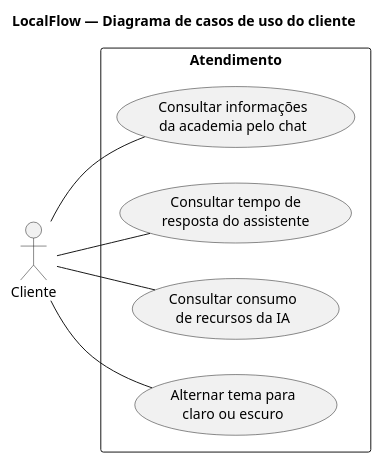
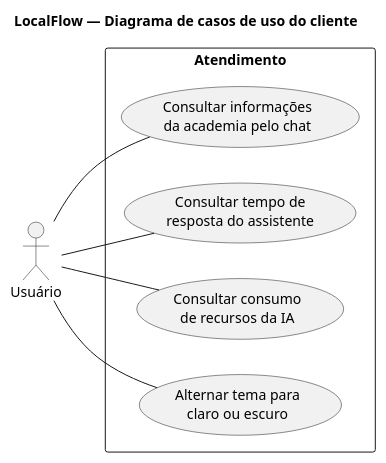
The diagram in diagrama_caso_de_uso.iuml (carlosabrantesdev/LocalFlow), drawn with PlantUML before and after one commit. The commit also changed 4 other files, not shown here.

```diff
--- a/diagrama_caso_de_uso.iuml
+++ b/diagrama_caso_de_uso.iuml
@@ -1,20 +1,20 @@
 @startuml diagrama_caso_de_uso
 
 left to right direction
 title LocalFlow — Diagrama de casos de uso do cliente
 
-actor "Cliente" as Usuario
+actor "Usuário" as Usuario
 
 rectangle "Atendimento" {
   usecase "Consultar informações\nda academia pelo chat" as UC_Consultar
   usecase "Consultar tempo de\nresposta do assistente" as UC_Tempo
   usecase "Consultar consumo\nde recursos da IA" as UC_Recursos
   usecase "Alternar tema para\nclaro ou escuro" as UC_Tema
 }
 
 Usuario -- UC_Consultar
 Usuario -- UC_Tempo
 Usuario -- UC_Recursos
 Usuario -- UC_Tema
 
 @enduml
```
